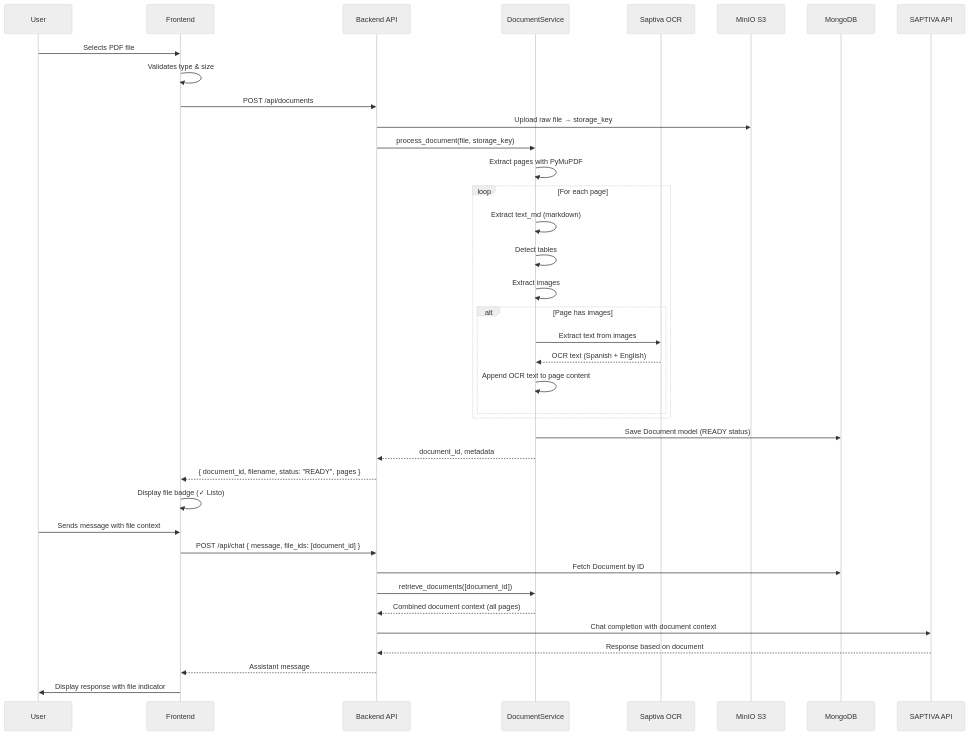
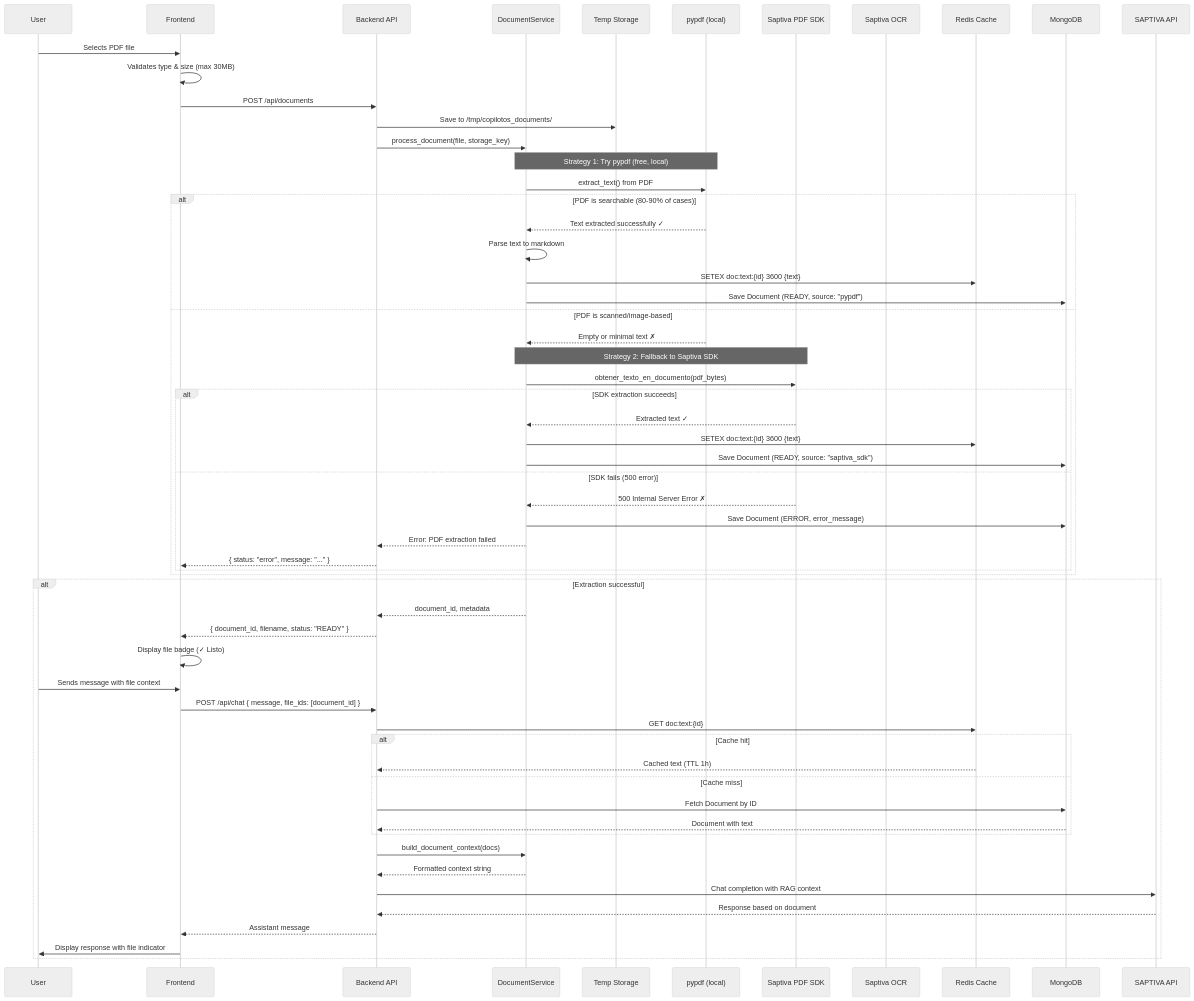
One commit to saptiva-ai/copilotos-bridge changed the eighth of 10 diagrams in README.md. Above: the diagram before and after it, drawn with Mermaid (neutral theme). The commit also changed other lines of this file and 47 other files, not shown here.

First line of the commit message:
docs: update architecture diagrams with Saptiva extraction strategy

````diff
--- a/README.md
+++ b/README.md
@@ -1229,51 +1345,73 @@
 ```mermaid
 sequenceDiagram
     participant U as User
     participant F as Frontend
     participant API as Backend API
     participant DS as DocumentService
+    participant TempFS as Temp Storage
+    participant pypdf as pypdf (local)
+    participant SDK as Saptiva PDF SDK
     participant OCR as Saptiva OCR
-    participant Minio as MinIO S3
+    participant Cache as Redis Cache
     participant DB as MongoDB
     participant LLM as SAPTIVA API
 
     U->>F: Selects PDF file
-    F->>F: Validates type & size
+    F->>F: Validates type & size (max 30MB)
     F->>API: POST /api/documents
 
-    API->>Minio: Upload raw file → storage_key
+    API->>TempFS: Save to /tmp/copilotos_documents/
     API->>DS: process_document(file, storage_key)
 
-    DS->>DS: Extract pages with PyMuPDF
+    Note over DS,pypdf: Strategy 1: Try pypdf (free, local)
+    DS->>pypdf: extract_text() from PDF
 
-    loop For each page
-        DS->>DS: Extract text_md (markdown)
-        DS->>DS: Detect tables
-        DS->>DS: Extract images
+    alt PDF is searchable (80-90% of cases)
+        pypdf-->>DS: Text extracted successfully ✓
+        DS->>DS: Parse text to markdown
+        DS->>Cache: SETEX doc:text:{id} 3600 {text}
+        DS->>DB: Save Document (READY, source: "pypdf")
+    else PDF is scanned/image-based
+        pypdf-->>DS: Empty or minimal text ✗
 
-        alt Page has images
-            DS->>OCR: Extract text from images
-            OCR-->>DS: OCR text (Spanish + English)
-            DS->>DS: Append OCR text to page content
+        Note over DS,SDK: Strategy 2: Fallback to Saptiva SDK
+        DS->>SDK: obtener_texto_en_documento(pdf_bytes)
+
+        alt SDK extraction succeeds
+            SDK-->>DS: Extracted text ✓
+            DS->>Cache: SETEX doc:text:{id} 3600 {text}
+            DS->>DB: Save Document (READY, source: "saptiva_sdk")
+        else SDK fails (500 error)
+            SDK-->>DS: 500 Internal Server Error ✗
+            DS->>DB: Save Document (ERROR, error_message)
+            DS-->>API: Error: PDF extraction failed
+            API-->>F: { status: "error", message: "..." }
         end
     end
 
-    DS->>DB: Save Document model (READY status)
-    DS-->>API: document_id, metadata
-    API-->>F: { document_id, filename, status: "READY", pages }
+    alt Extraction successful
+        DS-->>API: document_id, metadata
+        API-->>F: { document_id, filename, status: "READY" }
+        F->>F: Display file badge (✓ Listo)
 
-    F->>F: Display file badge (✓ Listo)
+        U->>F: Sends message with file context
+        F->>API: POST /api/chat { message, file_ids: [document_id] }
 
-    U->>F: Sends message with file context
-    F->>API: POST /api/chat { message, file_ids: [document_id] }
+        API->>Cache: GET doc:text:{id}
+        alt Cache hit
+            Cache-->>API: Cached text (TTL 1h)
+        else Cache miss
+            API->>DB: Fetch Document by ID
+            DB-->>API: Document with text
+        end
 
-    API->>DB: Fetch Document by ID
-    API->>DS: retrieve_documents([document_id])
-    DS-->>API: Combined document context (all pages)
+        API->>DS: build_document_context(docs)
+        DS-->>API: Formatted context string
 
-    API->>LLM: Chat completion with document context
-    LLM-->>API: Response based on document
-    API-->>F: Assistant message
+        API->>LLM: Chat completion with RAG context
+        LLM-->>API: Response based on document
+        API-->>F: Assistant message
 
-    F->>U: Display response with file indicator
+        F->>U: Display response with file indicator
+    end
 ```
````
